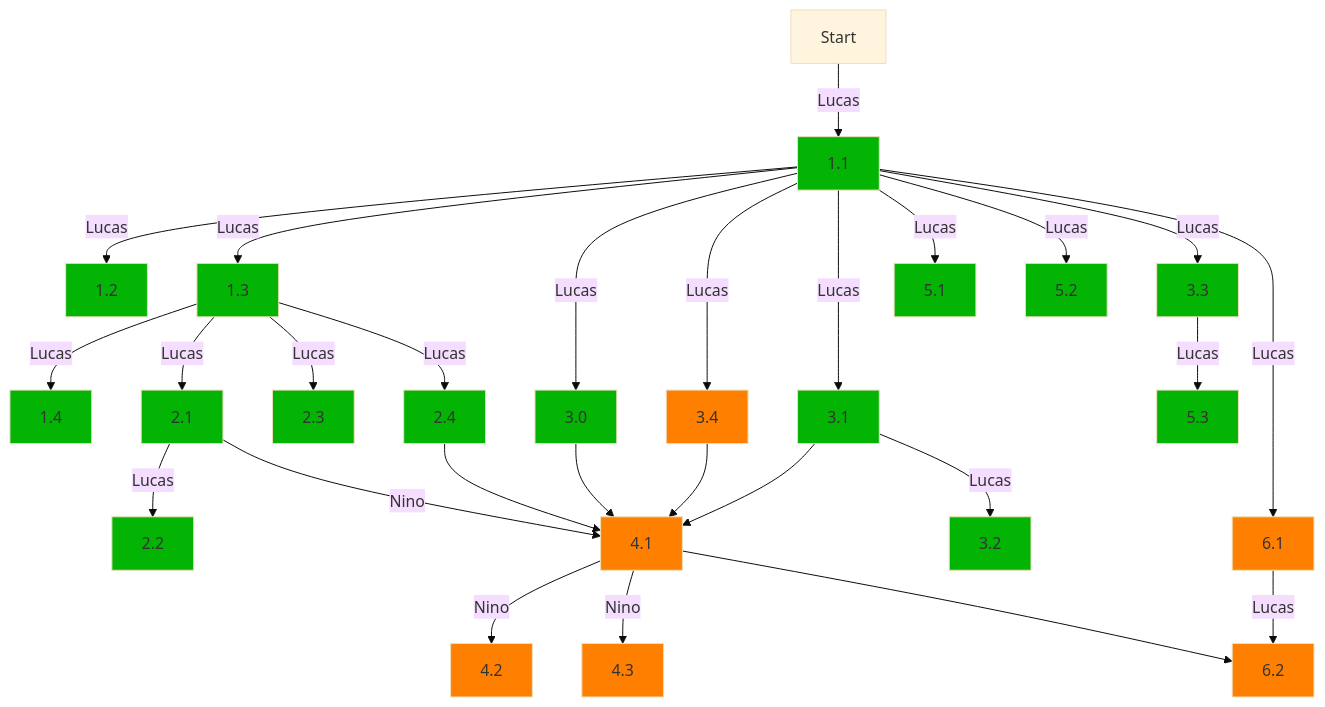
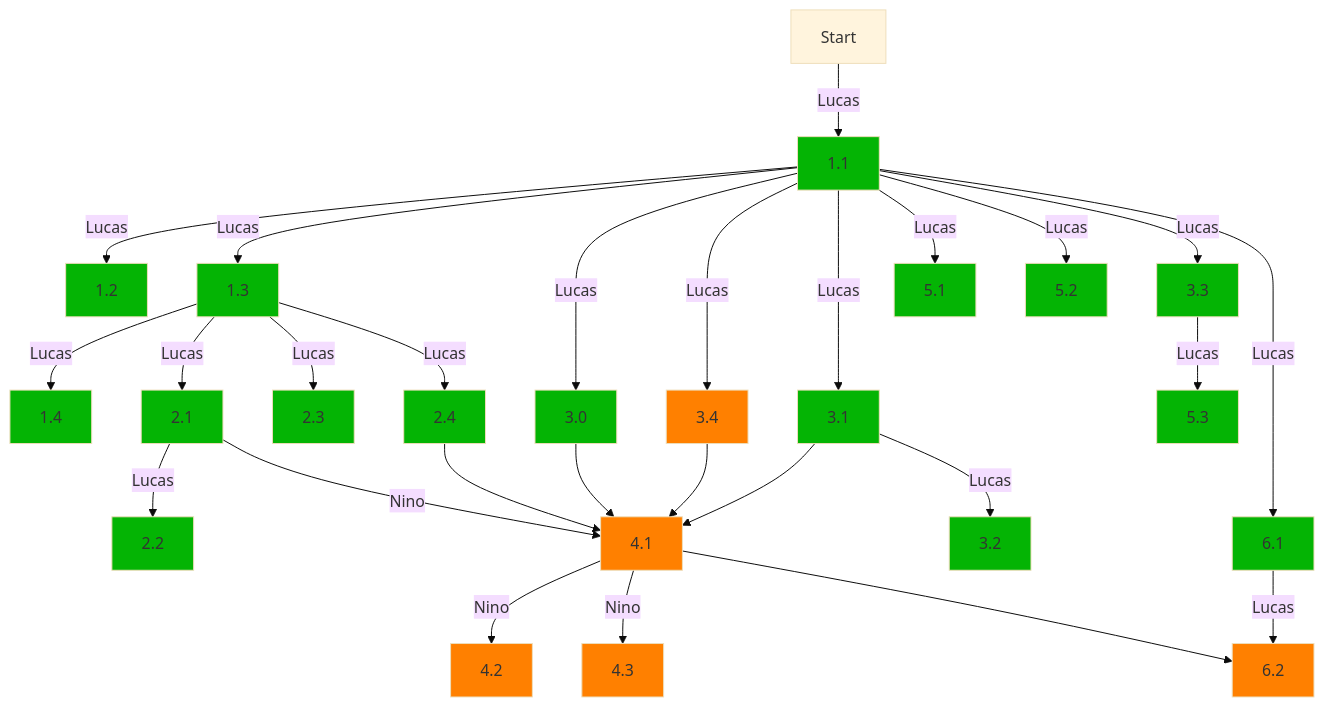
Before and after one commit to Luc-mic/Projet_SDAA: the diagram in DEPENDENCY.md, drawn with Mermaid. The commit also changed 2 other files, not shown here.

Commit message:
Implémentation de de la conversion en networkx.DiGraph

````diff
--- a/DEPENDENCY.md
+++ b/DEPENDENCY.md
@@ -1,57 +1,57 @@
 ```mermaid
 
 %%{init: {'theme':'base'}}%%
 graph TD;
 
 classDef done fill:#04B404;
 classDef not_done fill:#FF8000;
 
     1.1:::done
     1.2:::done
     1.3:::done
     1.4:::done
     2.1:::done
     2.2:::done
     2.3:::done
     2.4:::done
     3.0:::done
     3.1:::done
     3.2:::done
     3.3:::done
     3.4:::not_done
     4.1:::not_done
     4.2:::not_done
     4.3:::not_done
     5.1:::done
     5.2:::done
     5.3:::done
-    6.1:::not_done
+    6.1:::done
     6.2:::not_done
 
     Start-->|Lucas|1.1;
     1.1-->|Lucas|1.2;
     1.1-->|Lucas|1.3;
     1.3-->|Lucas|1.4;
     1.3-->|Lucas|2.1;
     2.1-->|Lucas|2.2;
     2.1-->|Nino|4.1;
     1.3-->|Lucas|2.3;
     1.3-->|Lucas|2.4;
     2.4-->4.1;
     4.1-->|Nino|4.2;
     4.1-->|Nino|4.3;
     4.1-->6.2;
     1.1-->|Lucas|3.0;
     1.1-->|Lucas|3.4;
     3.4-->4.1;
     3.0-->4.1;
     1.1-->|Lucas|3.1;
     3.1-->4.1;
     3.1-->|Lucas|3.2;
     1.1-->|Lucas|5.1;
     1.1-->|Lucas|5.2;
     1.1-->|Lucas|3.3;
     3.3-->|Lucas|5.3;
     1.1-->|Lucas|6.1;
     6.1-->|Lucas|6.2;
 ```
````
